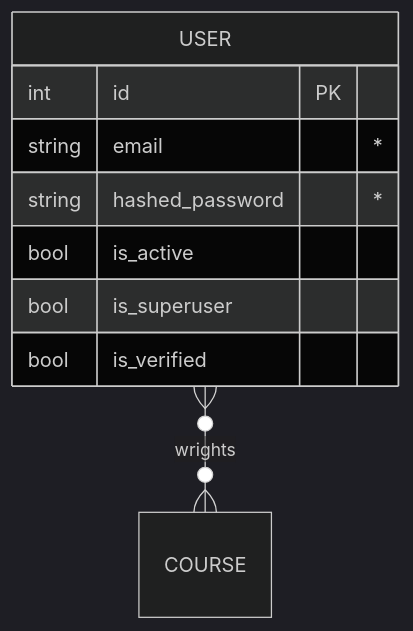
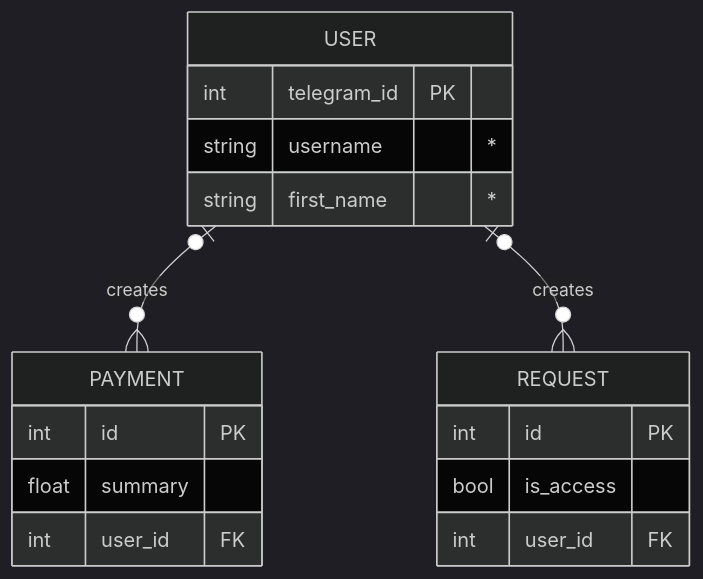
Before and after one commit to Yamemik/tg-bot-template: the diagram in README.md, drawn with Mermaid (dark theme). The commit also changed 11 other files, not shown here.

````diff
--- a/README.md
+++ b/README.md
@@ -23,13 +23,20 @@
 ```mermaid
 erDiagram
-    USER }o--o{ COURSE : wrights    
+    USER |o--o{ PAYMENT : creates
+    USER |o--o{ REQUEST : creates
     USER {
-        int id PK      
-        string email "*"
-        string hashed_password "*"
-        bool is_active
-        bool is_superuser
-        bool is_verified        
+        int telegram_id PK      
+        string username "*"
+        string first_name "*"      
     }
-
+    PAYMENT {
+      int id PK
+      float summary 
+      int user_id FK
+    }
+    REQUEST {
+      int id PK
+      bool is_access 
+      int user_id FK
+    }
 ```
````
